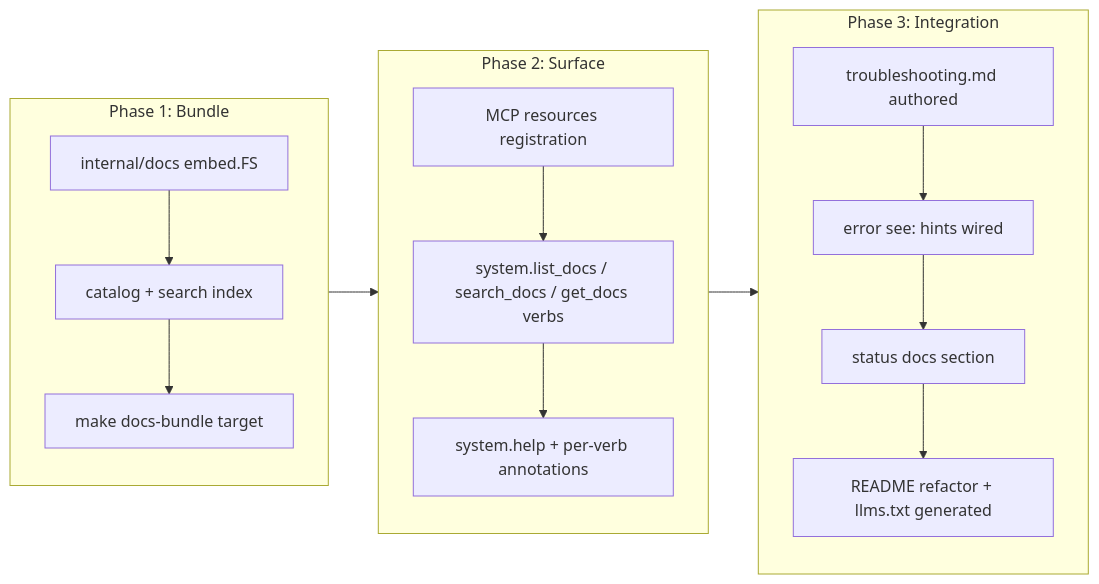
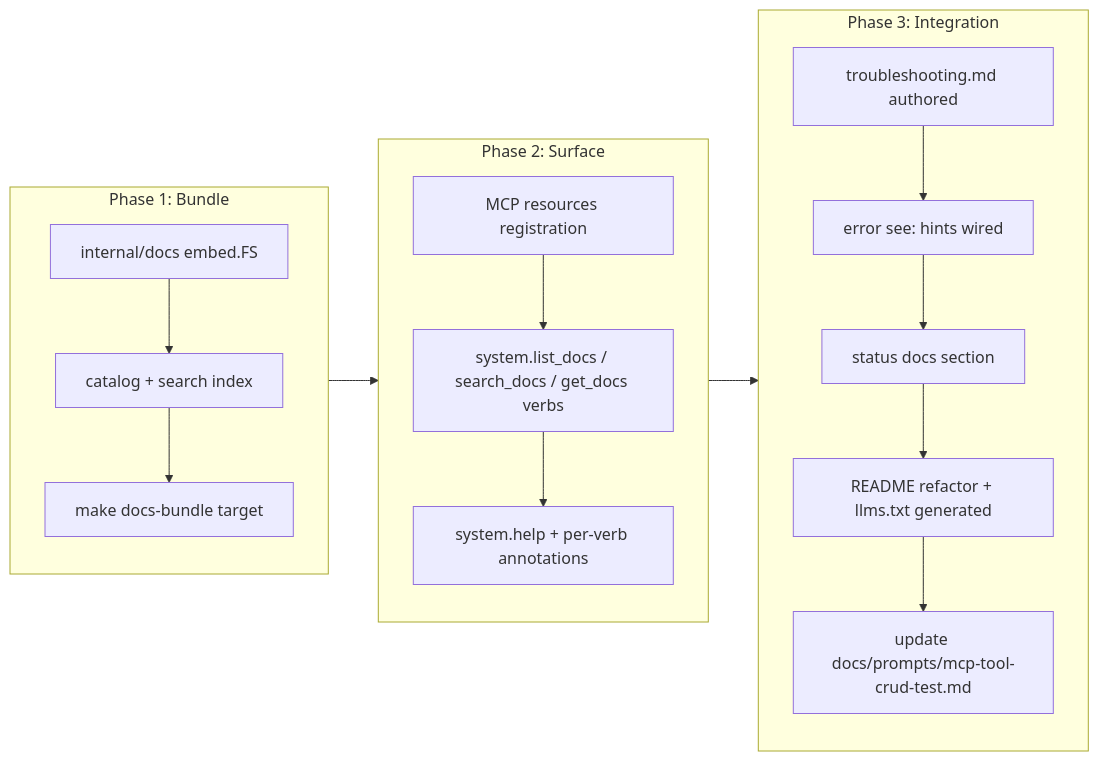
The third of 3 diagrams in docs/cr/CR-0061-in-server-documentation-access-for-llm-self-troubleshooting.md (desek/outlook-local-mcp), drawn with Mermaid before and after one commit. The commit also changed other lines of this file, not shown here.

````diff
--- a/docs/cr/CR-0061-in-server-documentation-access-for-llm-self-troubleshooting.md
+++ b/docs/cr/CR-0061-in-server-documentation-access-for-llm-self-troubleshooting.md
@@ -193,17 +193,18 @@
 ```mermaid
 flowchart LR
     subgraph P1[Phase 1: Bundle]
         A1[internal/docs embed.FS] --> A2[catalog + search index]
         A2 --> A3[make docs-bundle target]
     end
     subgraph P2[Phase 2: Surface]
         B1[MCP resources registration] --> B2[system.list_docs / search_docs / get_docs verbs]
         B2 --> B3[system.help + per-verb annotations]
     end
     subgraph P3[Phase 3: Integration]
         C1[troubleshooting.md authored] --> C2[error see: hints wired]
         C2 --> C3[status docs section]
         C3 --> C4[README refactor + llms.txt generated]
+        C4 --> C5[update docs/prompts/mcp-tool-crud-test.md]
     end
     P1 --> P2 --> P3
 ```
````
